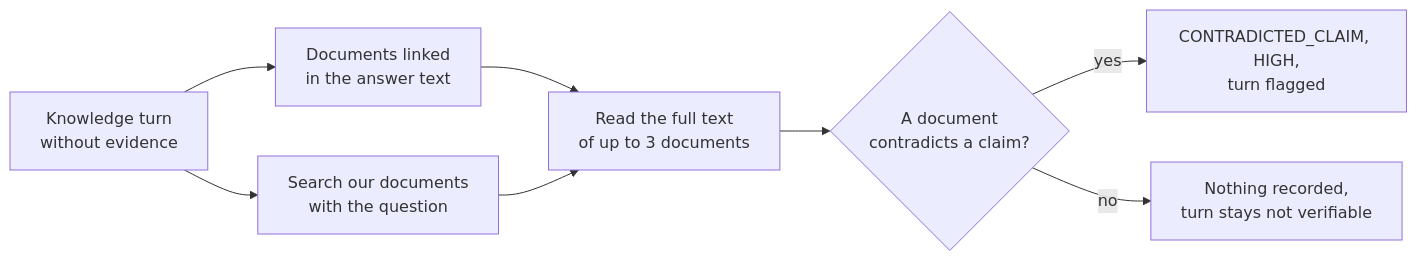
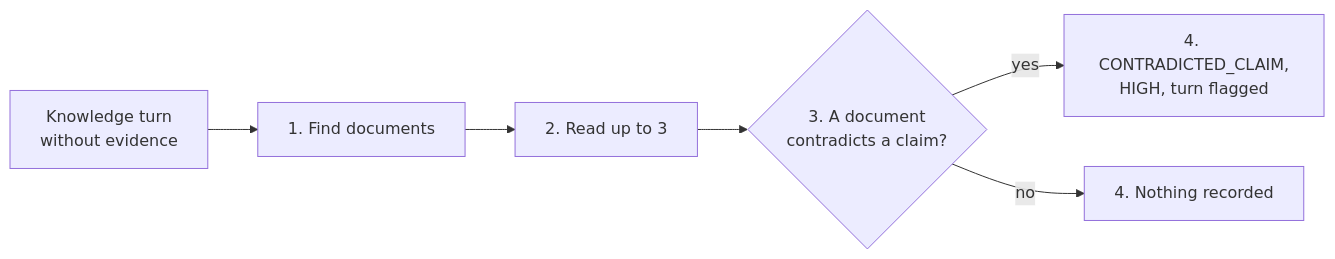
Before and after one commit to pborkowski-rtbh/conversation-analyzer: the fifth of 5 diagrams in design-doc.md, drawn with Mermaid. The commit also changed other lines of this file and 1 other file, not shown here.

````diff
--- a/design-doc.md
+++ b/design-doc.md
@@ -374,10 +376,8 @@
 ```mermaid
 flowchart LR
-    A["Knowledge turn<br/>without evidence"] --> B["Documents linked<br/>in the answer text"]
-    A --> C["Search our documents<br/>with the question"]
-    B --> D["Read the full text<br/>of up to 3 documents"]
-    C --> D
-    D --> E{"A document<br/>contradicts a claim?"}
-    E -->|"yes"| F["CONTRADICTED_CLAIM, HIGH,<br/>turn flagged"]
-    E -->|"no"| G["Nothing recorded,<br/>turn stays not verifiable"]
+    A["Knowledge turn<br/>without evidence"] --> B["1. Find documents"]
+    B --> C["2. Read up to 3"]
+    C --> D{"3. A document<br/>contradicts a claim?"}
+    D -->|"yes"| E["4. CONTRADICTED_CLAIM,<br/>HIGH, turn flagged"]
+    D -->|"no"| F["4. Nothing recorded"]
 ```
````
